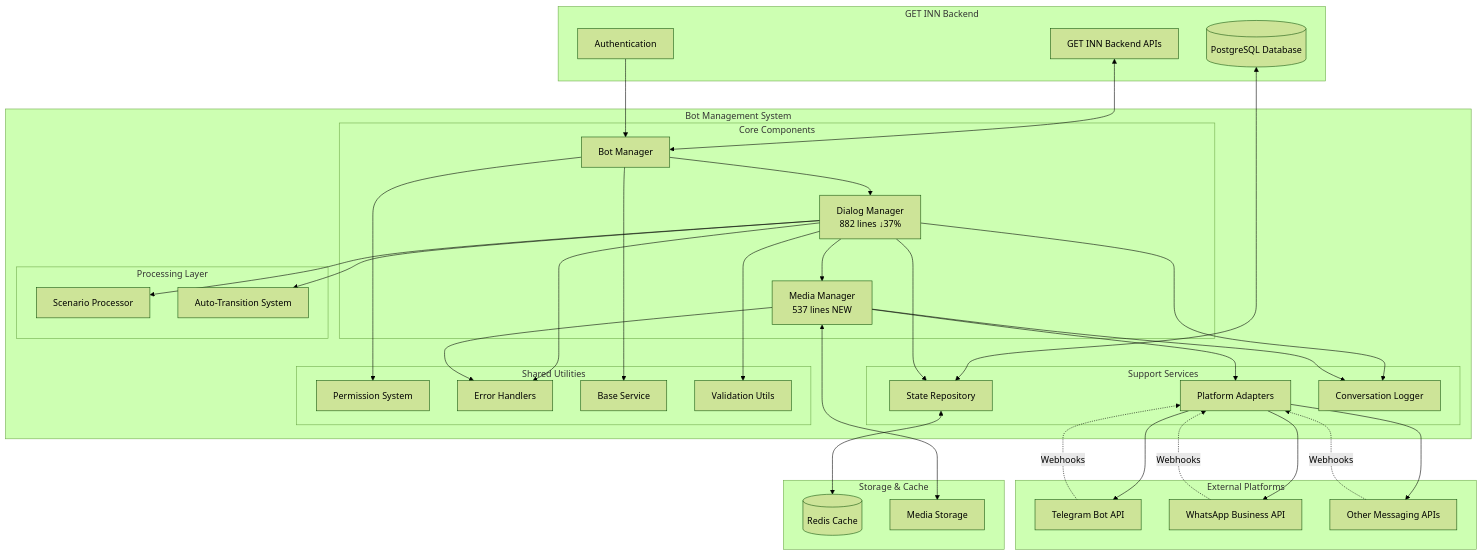
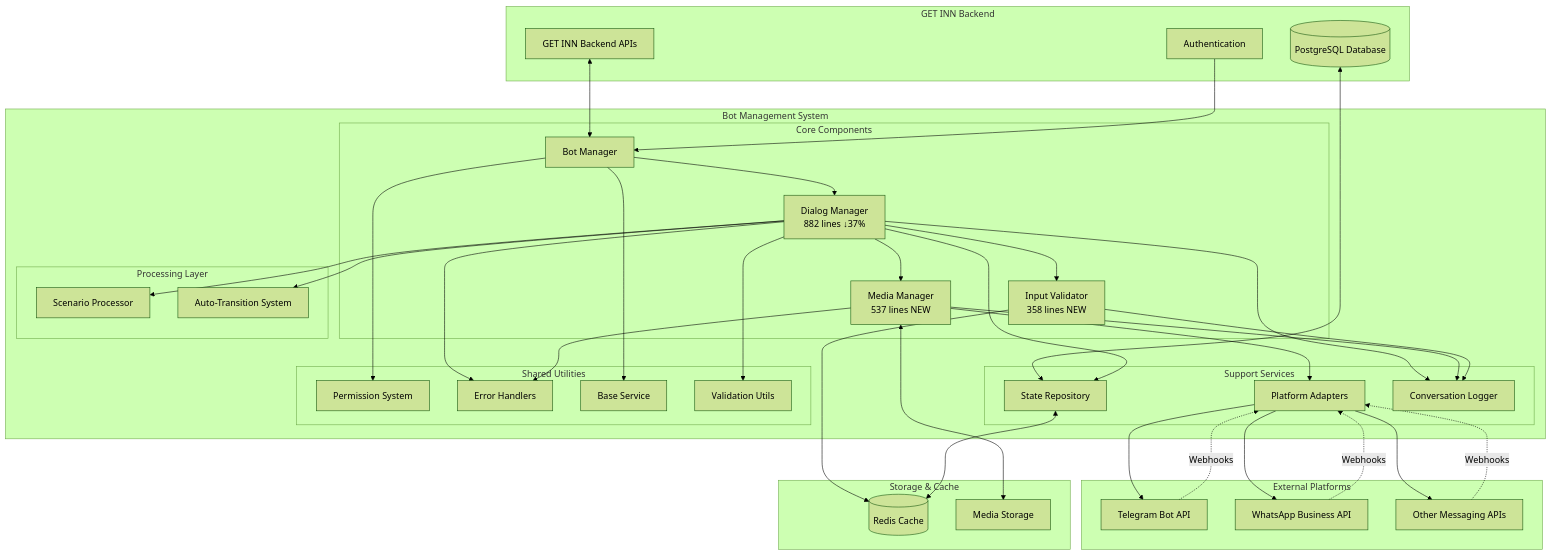
Before and after one commit to get-inn/ai-restaurant-platform: the first of 2 diagrams in backend/docs/modules/bot-management/overview.md, drawn with Mermaid (forest theme). The commit also changed other lines of this file and 13 other files, not shown here.

```diff
--- a/backend/docs/modules/bot-management/overview.md
+++ b/backend/docs/modules/bot-management/overview.md
@@ -44,6 +47,7 @@
             BOT_MGR[Bot Manager]
             DIALOG_MGR[Dialog Manager<br/>882 lines ↓37%]
             MEDIA_MGR[Media Manager<br/>537 lines NEW]
+            INPUT_VAL[Input Validator<br/>358 lines NEW]
         end
         
         subgraph "Support Services"
@@ -86,12 +90,17 @@
     DIALOG_MGR --> SCENARIO_PROC
     DIALOG_MGR --> AUTO_TRANS
     DIALOG_MGR --> MEDIA_MGR
+    DIALOG_MGR --> INPUT_VAL
     DIALOG_MGR --> STATE_REPO
     DIALOG_MGR --> CONV_LOG
     
     %% MediaManager relationships
     MEDIA_MGR --> PLATFORM_ADAPT
     MEDIA_MGR --> CONV_LOG
+    
+    %% InputValidator relationships
+    INPUT_VAL --> REDIS
+    INPUT_VAL --> CONV_LOG
     
     %% Shared utilities connections
     BOT_MGR --> PERMISSIONS
```
